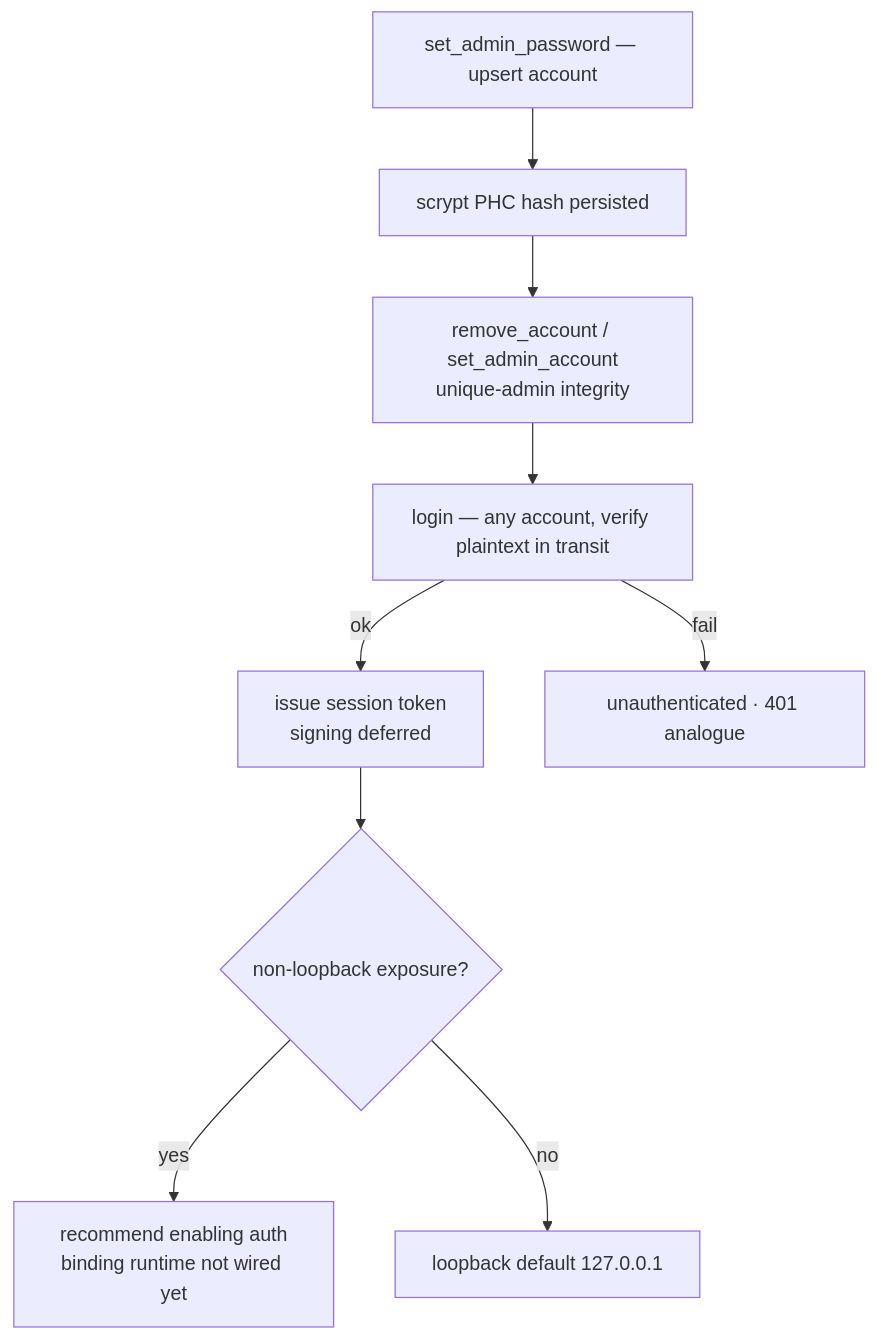
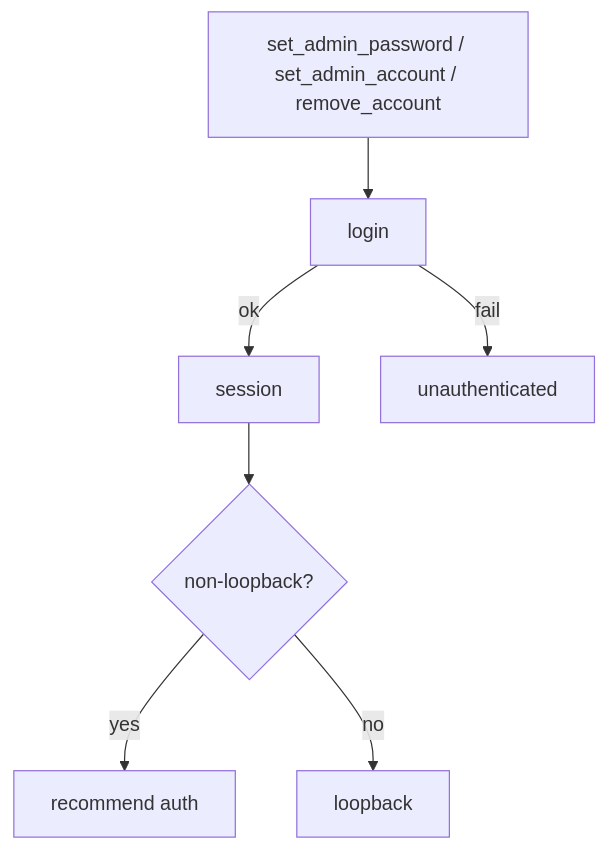
The diagram in doc/flows/flow-auth-login.md (sequencestream/c3), drawn with Mermaid before and after one commit. The commit also changed other lines of this file and 128 other files, not shown here.

````diff
--- a/doc/flows/flow-auth-login.md
+++ b/doc/flows/flow-auth-login.md
@@ -16,11 +11,9 @@
 ```mermaid
 flowchart TD
-    CFG[set_admin_password — upsert account] --> HASH[scrypt PHC hash persisted]
-    HASH --> ADM[remove_account / set_admin_account<br/>unique-admin integrity]
-    ADM --> LOGIN[login — any account, verify plaintext in transit]
-    LOGIN -- ok --> TOK[issue session token<br/>signing deferred]
-    LOGIN -- fail --> UA[unauthenticated · 401 analogue]
-    TOK --> EXP{non-loopback exposure?}
-    EXP -- yes --> NEED[recommend enabling auth<br/>binding runtime not wired yet]
-    EXP -- no --> LOOP[loopback default 127.0.0.1]
+    CFG[set_admin_password / set_admin_account / remove_account] --> LOGIN[login]
+    LOGIN -- ok --> SES[session]
+    LOGIN -- fail --> UA[unauthenticated]
+    SES --> EXP{non-loopback?}
+    EXP -- yes --> NEED[recommend auth]
+    EXP -- no --> LOOP[loopback]
 ```
````
